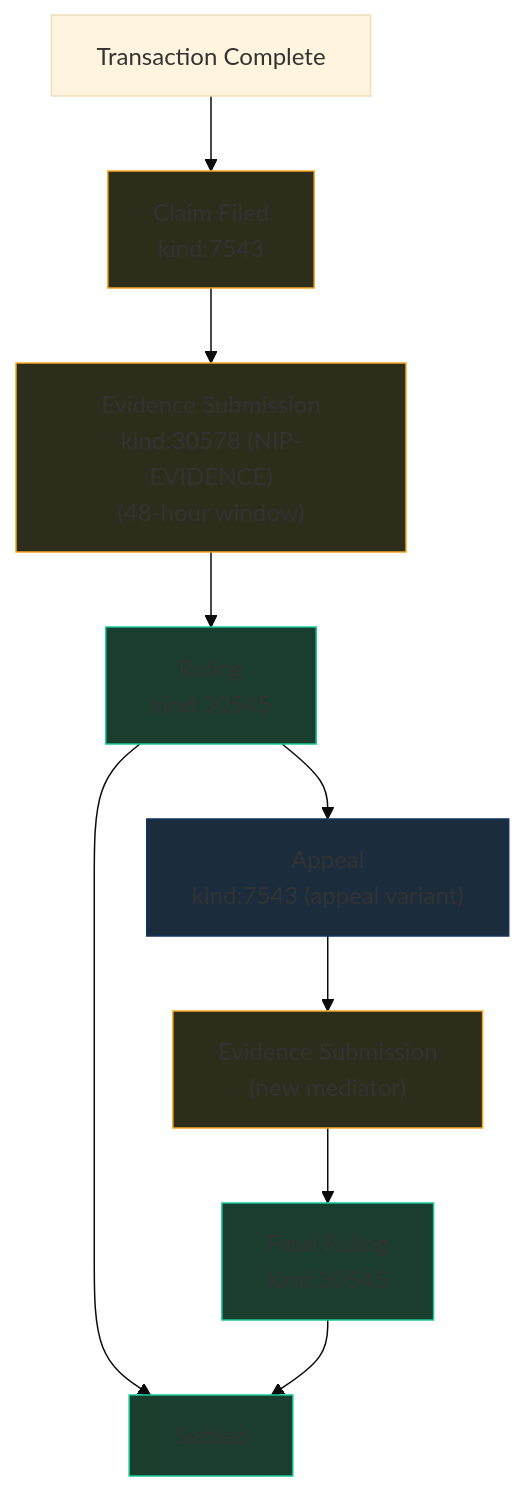
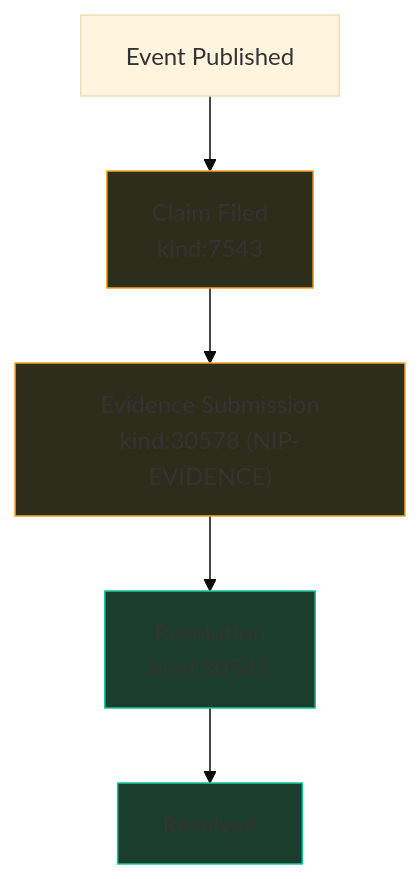
One commit to forgesworn/nip-drafts changed the second of 2 diagrams in nips/NIP-DISPUTES.md. Above: the diagram before and after it, drawn with Mermaid (base theme). The commit also changed other lines of this file and 26 other files, not shown here.

First line of the commit message:
refactor: genericise all NIP drafts for community submission

````diff
--- a/nips/NIP-DISPUTES.md
+++ b/nips/NIP-DISPUTES.md
@@ -362,19 +308,12 @@
 ```mermaid
 flowchart TD
-    TC["Transaction Complete"] --> CF["Claim Filed\nkind:7543"]
-    CF --> ES["Evidence Submission\nkind:30578 (NIP-EVIDENCE)\n(48-hour window)"]
-    ES --> RU["Ruling\nkind:30545"]
-    RU --> SE["Settled"]
-    RU --> AP["Appeal\nkind:7543 (appeal variant)"]
-    AP --> ES2["Evidence Submission\n(new mediator)"]
-    ES2 --> RU2["Final Ruling\nkind:30545"]
-    RU2 --> SE
+    EV["Event Published"] --> CF["Claim Filed\nkind:7543"]
+    CF --> ES["Evidence Submission\nkind:30578 (NIP-EVIDENCE)"]
+    ES --> RU["Resolution\nkind:30545"]
+    RU --> SE["Resolved"]
 
     style CF fill:#2d2d1b,stroke:#f5a623
     style ES fill:#2d2d1b,stroke:#f5a623
     style RU fill:#1b3d2d,stroke:#16c79a
     style SE fill:#1b3d2d,stroke:#16c79a
-    style AP fill:#1b2d3d,stroke:#0f3460
-    style ES2 fill:#2d2d1b,stroke:#f5a623
-    style RU2 fill:#1b3d2d,stroke:#16c79a
 ```
````
